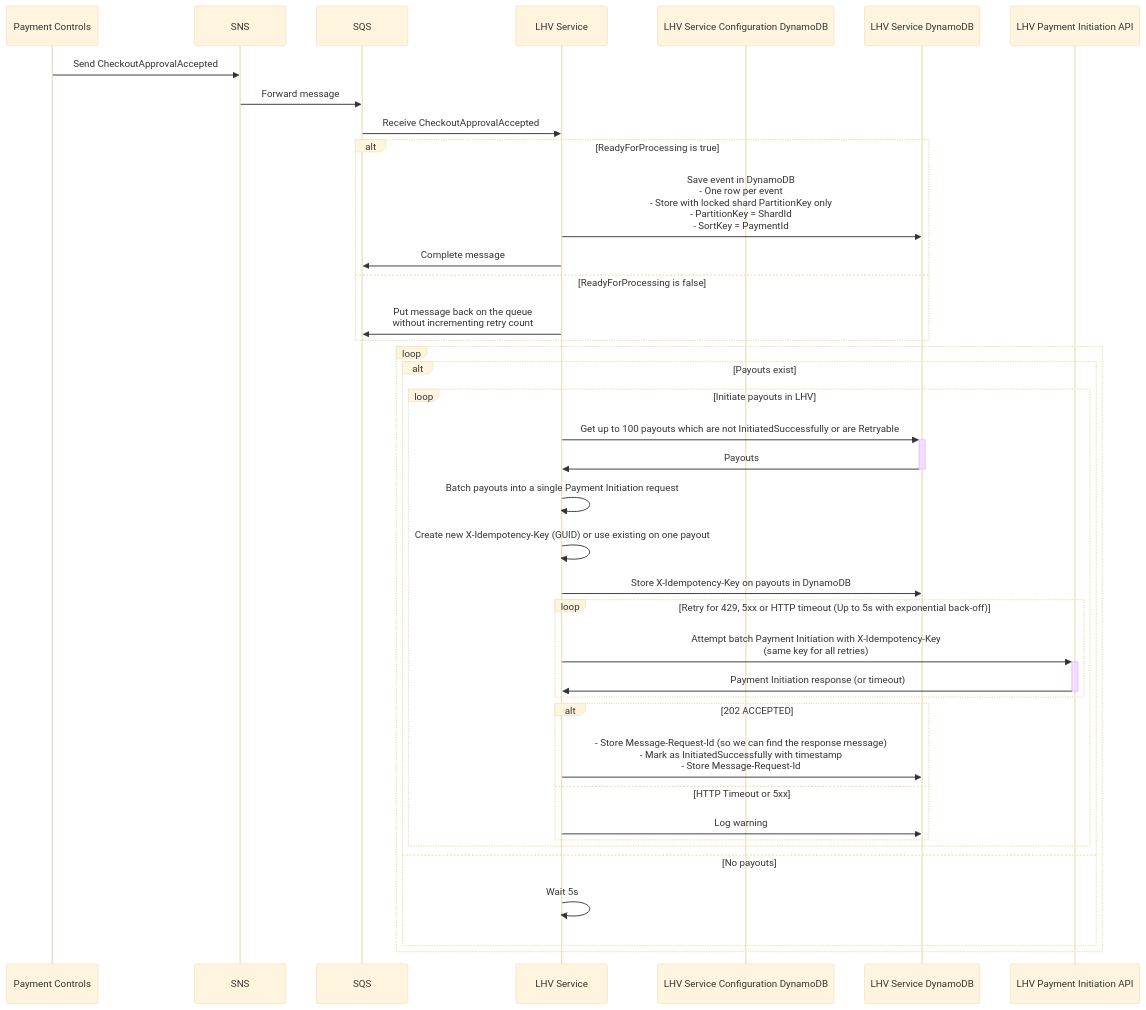
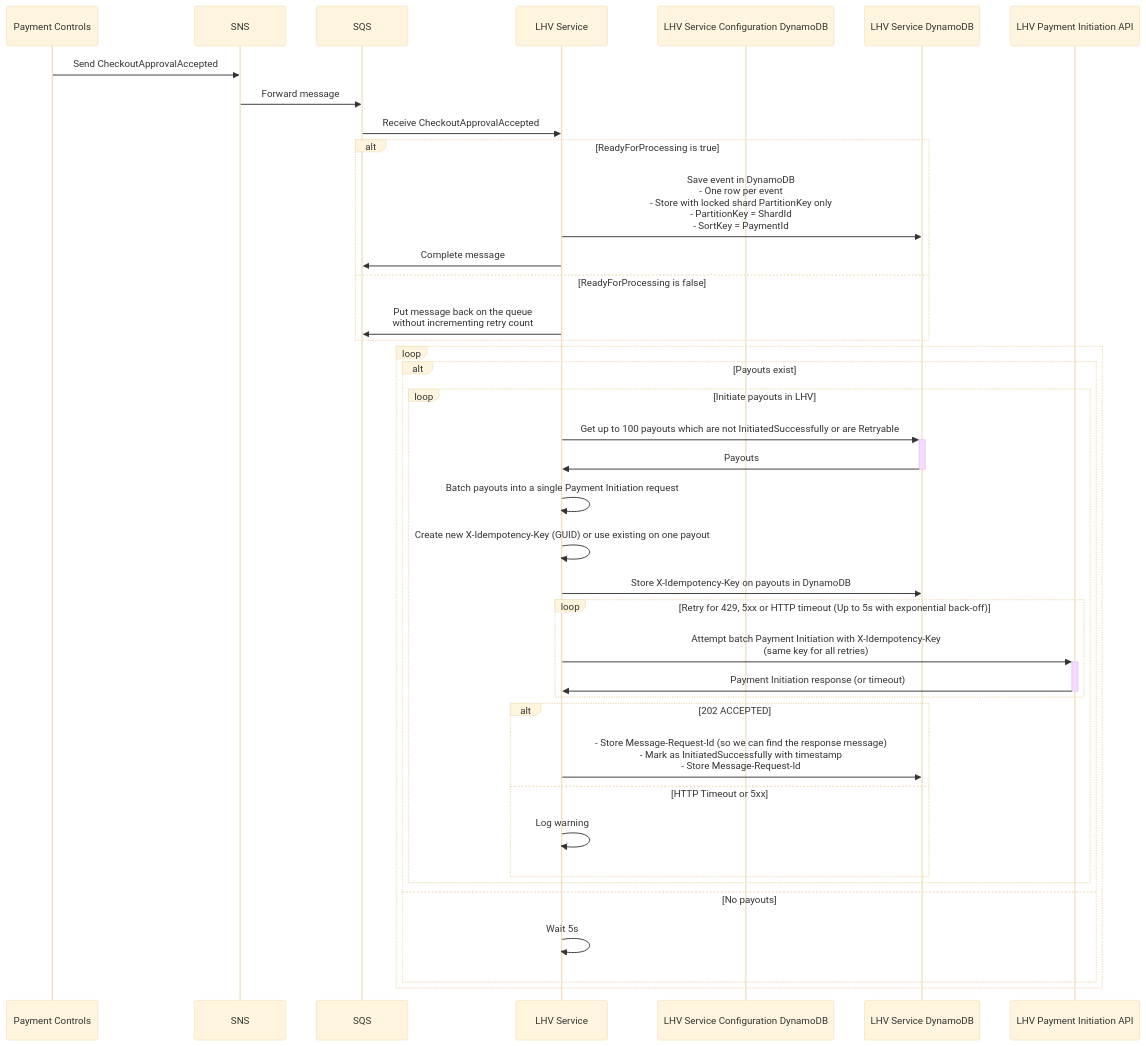
Before and after one commit to mark-gossa-cko/draft-docs: the second of 2 diagrams in emerging-products/bank-payouts/lhv/lhv-service.md, drawn with Mermaid (base theme). The commit also changed other lines of this file, not shown here.

Commit message:
Renames service

````diff
--- a/emerging-products/bank-payouts/lhv/lhv-service.md
+++ b/emerging-products/bank-payouts/lhv/lhv-service.md
@@ -67,44 +67,44 @@
 ```mermaid
 sequenceDiagram
 
 participant pc as Payment Controls
 participant sns as SNS
 participant sqs as SQS
-participant lhvs as LHV Service
-participant lhvscddb as LHV Service Configuration DynamoDB
-participant lhvsddb as LHV Service DynamoDB
+participant lhvb as LHV Service
+participant lhvbcddb as LHV Service Configuration DynamoDB
+participant lhvbddb as LHV Service DynamoDB
 participant lhvapi as LHV Payment Initiation API
 
 pc->>sns: Send CheckoutApprovalAccepted
 sns->>sqs: Forward message
-sqs->>lhvs: Receive CheckoutApprovalAccepted
+sqs->>lhvb: Receive CheckoutApprovalAccepted
 alt ReadyForProcessing is true
-    lhvs->>lhvsddb: Save event in DynamoDB <br> - One row per event<br> - Store with locked shard PartitionKey only<br> - PartitionKey = ShardId<br> - SortKey = PaymentId
-    lhvs->>sqs: Complete message
+    lhvb->>lhvbddb: Save event in DynamoDB <br> - One row per event<br> - Store with locked shard PartitionKey only<br> - PartitionKey = ShardId<br> - SortKey = PaymentId
+    lhvb->>sqs: Complete message
 else ReadyForProcessing is false
-    lhvs->>sqs: Put message back on the queue<br> without incrementing retry count
+    lhvb->>sqs: Put message back on the queue<br> without incrementing retry count
 end
 
 loop
     alt Payouts exist
         loop Initiate payouts in LHV
-            lhvs->>+lhvsddb: Get up to 100 payouts which are not InitiatedSuccessfully or are Retryable
-            lhvsddb->>-lhvs: Payouts
-            lhvs->>lhvs: Batch payouts into a single Payment Initiation request
-            lhvs->>lhvs: Create new X-Idempotency-Key (GUID) or use existing on one payout
-            lhvs->>lhvsddb: Store X-Idempotency-Key on payouts in DynamoDB
+            lhvb->>+lhvbddb: Get up to 100 payouts which are not InitiatedSuccessfully or are Retryable
+            lhvbddb->>-lhvb: Payouts
+            lhvb->>lhvb: Batch payouts into a single Payment Initiation request
+            lhvb->>lhvb: Create new X-Idempotency-Key (GUID) or use existing on one payout
+            lhvb->>lhvbddb: Store X-Idempotency-Key on payouts in DynamoDB
             loop Retry for 429, 5xx or HTTP timeout (Up to 5s with exponential back-off)
-                lhvs->>+lhvapi: Attempt batch Payment Initiation with X-Idempotency-Key <br>(same key for all retries)
-                lhvapi->>-lhvs: Payment Initiation response (or timeout)
+                lhvb->>+lhvapi: Attempt batch Payment Initiation with X-Idempotency-Key <br>(same key for all retries)
+                lhvapi->>-lhvb: Payment Initiation response (or timeout)
             end
             alt 202 ACCEPTED
-                lhvs->>lhvsddb: - Store Message-Request-Id (so we can find the response message)<br>- Mark as InitiatedSuccessfully with timestamp<br>- Store Message-Request-Id
+                lhvb->>lhvbddb: - Store Message-Request-Id (so we can find the response message)<br>- Mark as InitiatedSuccessfully with timestamp<br>- Store Message-Request-Id
             else HTTP Timeout or 5xx
-                lhvs->>lhvsddb: Log warning
+                lhvb->>lhvb: Log warning
             end
         end
     else No payouts
-        lhvs->>lhvs: Wait 5s
+        lhvb->>lhvb: Wait 5s
     end
 end
 ```
````
